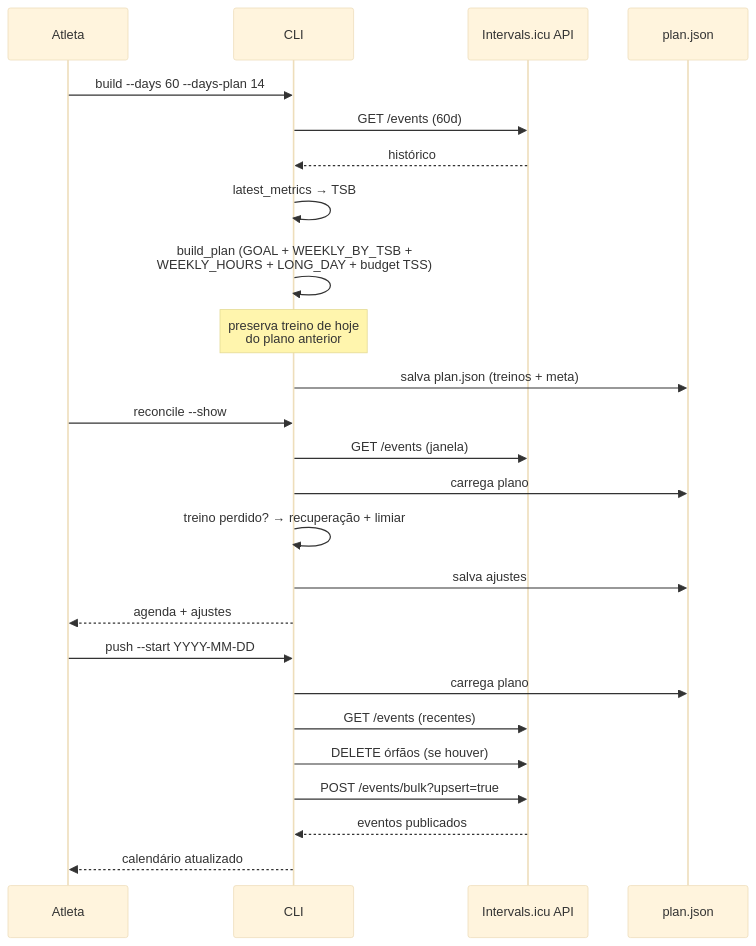
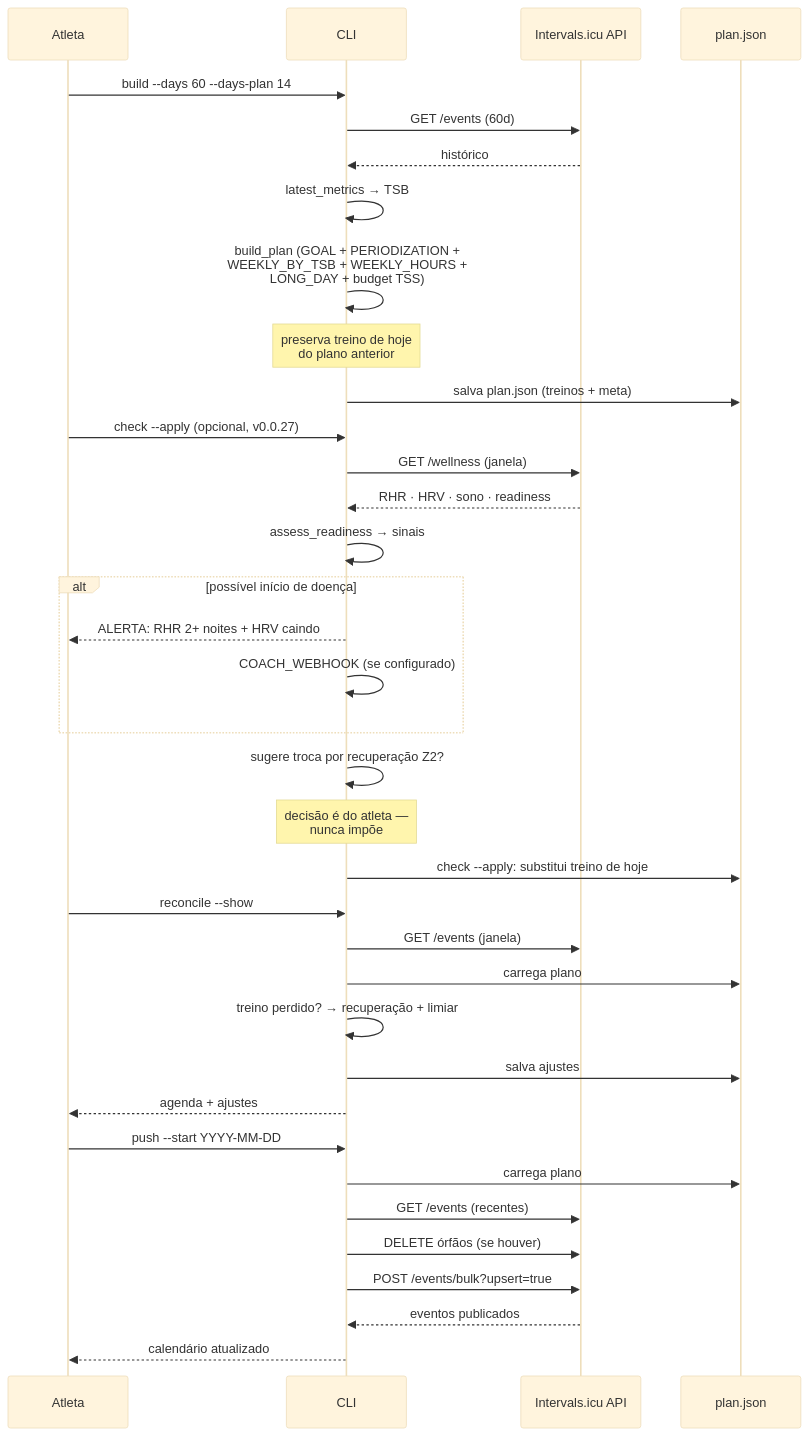
Before and after one commit to valdelin/Hermes-coach: the diagram in docs/diagramas/sequencia-manual.mmd, drawn with Mermaid (base theme). The commit also changed 11 other files, not shown here.

Commit message:
docs: diagramas atualizados para v0.0.27 (check, PERIODIZATION, readiness) e PNGs regenerados

```diff
--- a/docs/diagramas/sequencia-manual.mmd
+++ b/docs/diagramas/sequencia-manual.mmd
@@ -1,28 +1,40 @@
 sequenceDiagram
     participant U as Atleta
     participant C as CLI
     participant I as Intervals.icu API
     participant P as plan.json
 
     U->>C: build --days 60 --days-plan 14
     C->>I: GET /events (60d)
     I-->>C: histórico
     C->>C: latest_metrics → TSB
-    C->>C: build_plan (GOAL + WEEKLY_BY_TSB +<br/>WEEKLY_HOURS + LONG_DAY + budget TSS)
+    C->>C: build_plan (GOAL + PERIODIZATION +<br/>WEEKLY_BY_TSB + WEEKLY_HOURS +<br/>LONG_DAY + budget TSS)
     Note over C: preserva treino de hoje<br/>do plano anterior
     C->>P: salva plan.json (treinos + meta)
+
+    U->>C: check --apply (opcional, v0.0.27)
+    C->>I: GET /wellness (janela)
+    I-->>C: RHR · HRV · sono · readiness
+    C->>C: assess_readiness → sinais
+    alt possível início de doença
+        C-->>U: ALERTA: RHR 2+ noites + HRV caindo
+        C->>C: COACH_WEBHOOK (se configurado)
+    end
+    C->>C: sugere troca por recuperação Z2?
+    Note over C: decisão é do atleta —<br/>nunca impõe
+    C->>P: check --apply: substitui treino de hoje
 
     U->>C: reconcile --show
     C->>I: GET /events (janela)
     C->>P: carrega plano
     C->>C: treino perdido? → recuperação + limiar
     C->>P: salva ajustes
     C-->>U: agenda + ajustes
 
     U->>C: push --start YYYY-MM-DD
     C->>P: carrega plano
     C->>I: GET /events (recentes)
     C->>I: DELETE órfãos (se houver)
     C->>I: POST /events/bulk?upsert=true
     I-->>C: eventos publicados
     C-->>U: calendário atualizado
```
